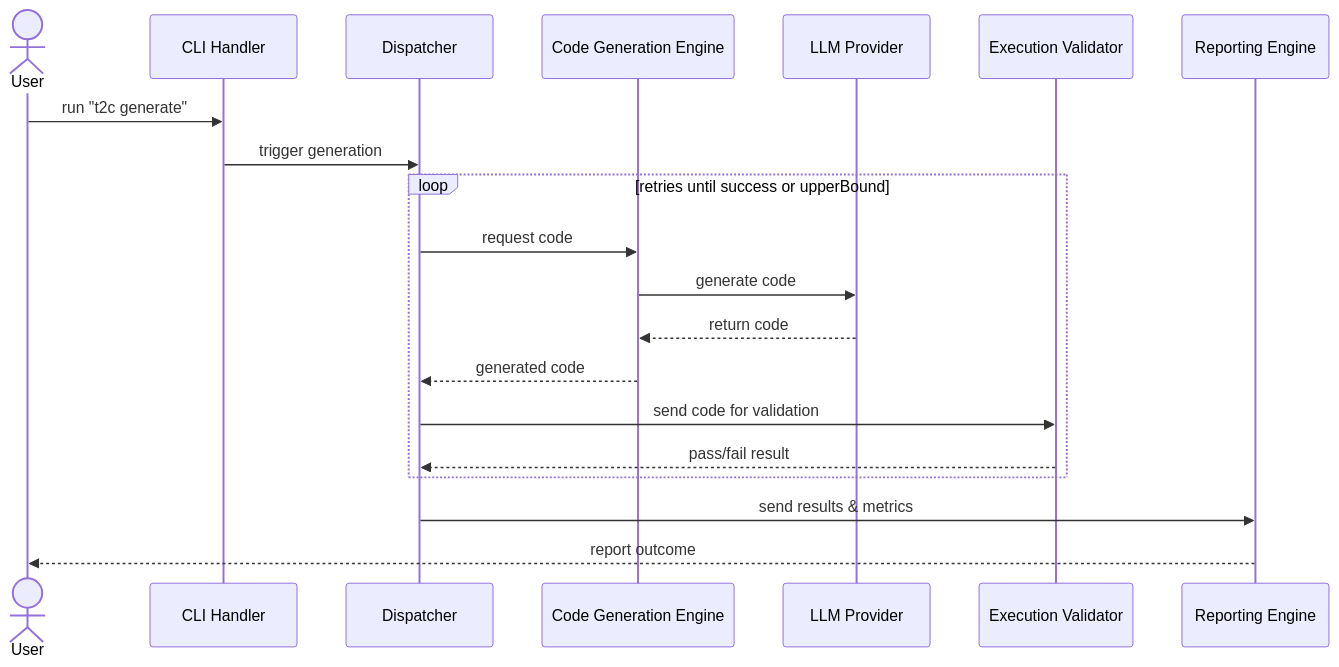
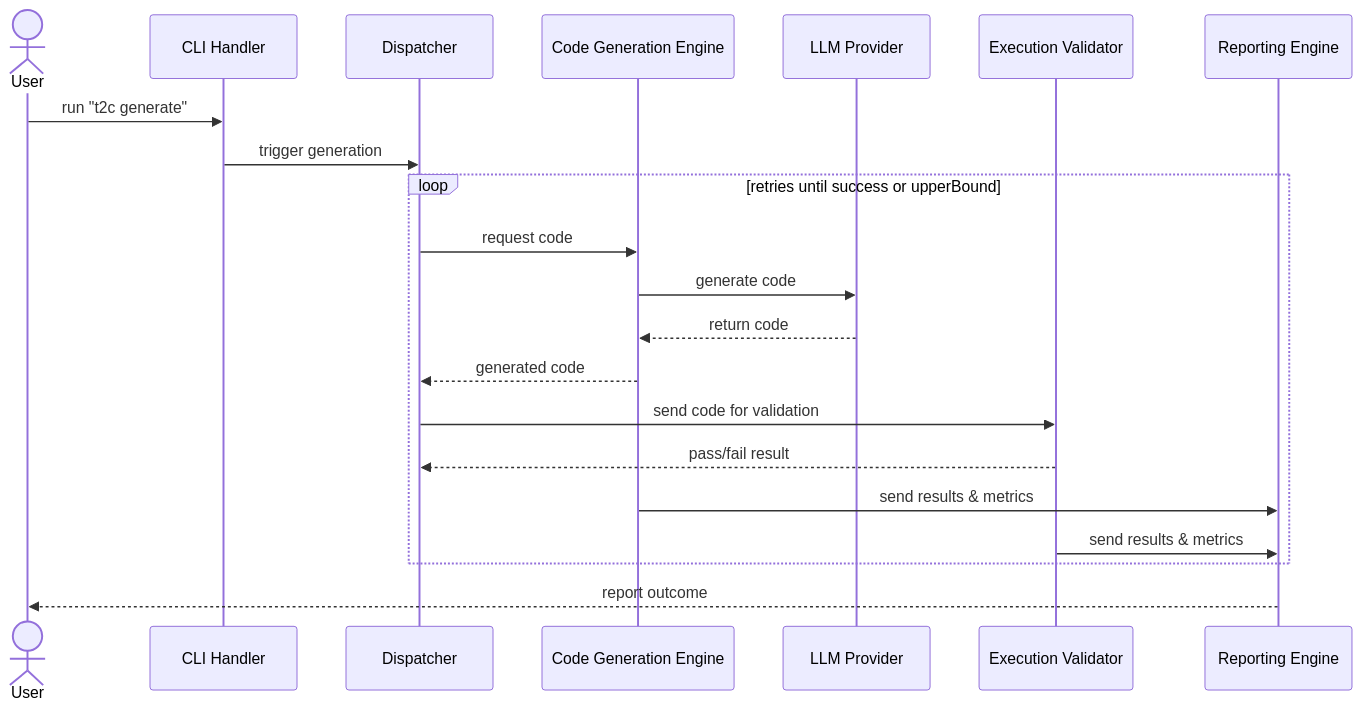
Before and after one commit to FilippoGurioli/test-2-code-llm: the second of 2 diagrams in docs/architecture.md, drawn with Mermaid. The commit also changed other lines of this file and 2 other files, not shown here.

````diff
--- a/docs/architecture.md
+++ b/docs/architecture.md
@@ -140,23 +138,24 @@
 ```mermaid
 sequenceDiagram
     actor User
     participant CLI as CLI Handler
     participant Dispatcher
     participant CGE as Code Generation Engine
     participant LLM as LLM Provider
     participant EV as Execution Validator
     participant ARE as Reporting Engine
     
     User ->> CLI: run "t2c generate"
     CLI ->> Dispatcher: trigger generation
     loop retries until success or upperBound
         Dispatcher ->> CGE: request code
         CGE ->> LLM: generate code
         LLM -->> CGE: return code
         CGE -->> Dispatcher: generated code
         Dispatcher ->> EV: send code for validation
         EV -->> Dispatcher: pass/fail result
+        CGE ->> ARE: send results & metrics
+        EV ->> ARE: send results & metrics
     end
-    Dispatcher ->> ARE: send results & metrics
     ARE -->> User: report outcome
 ```
````
